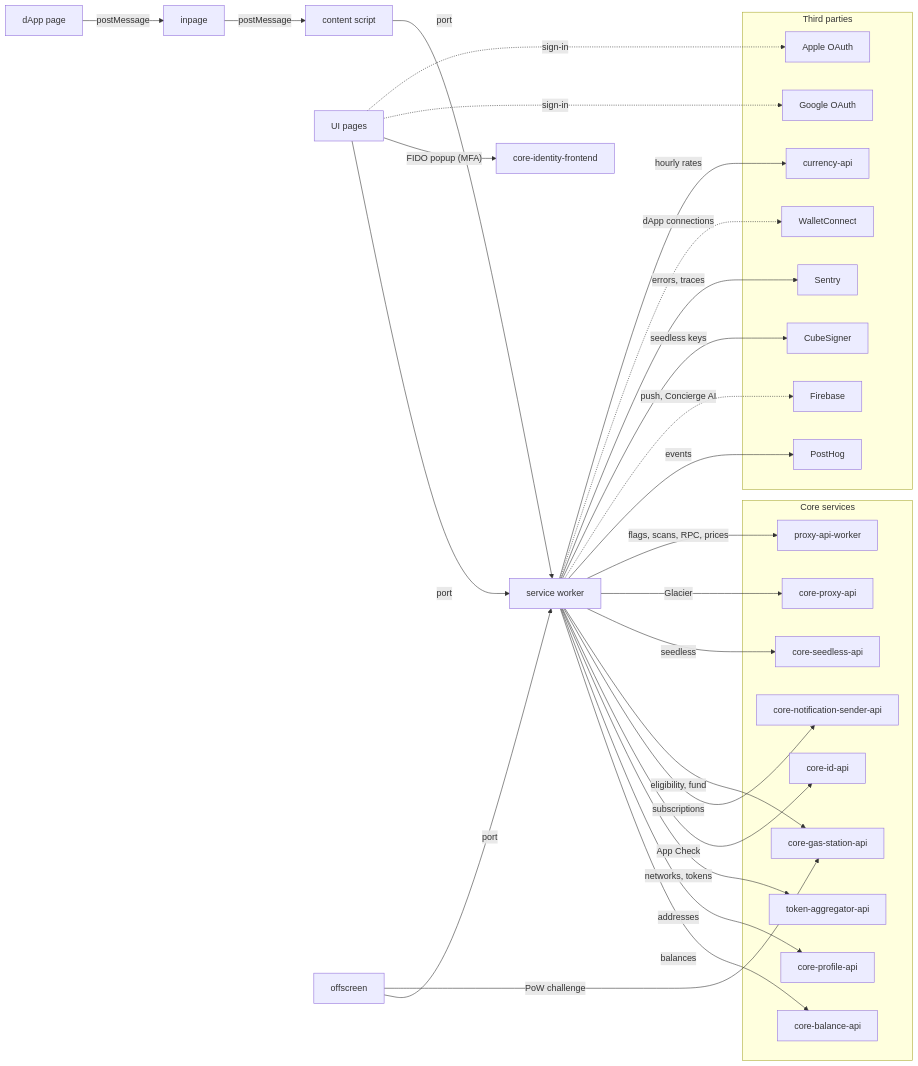
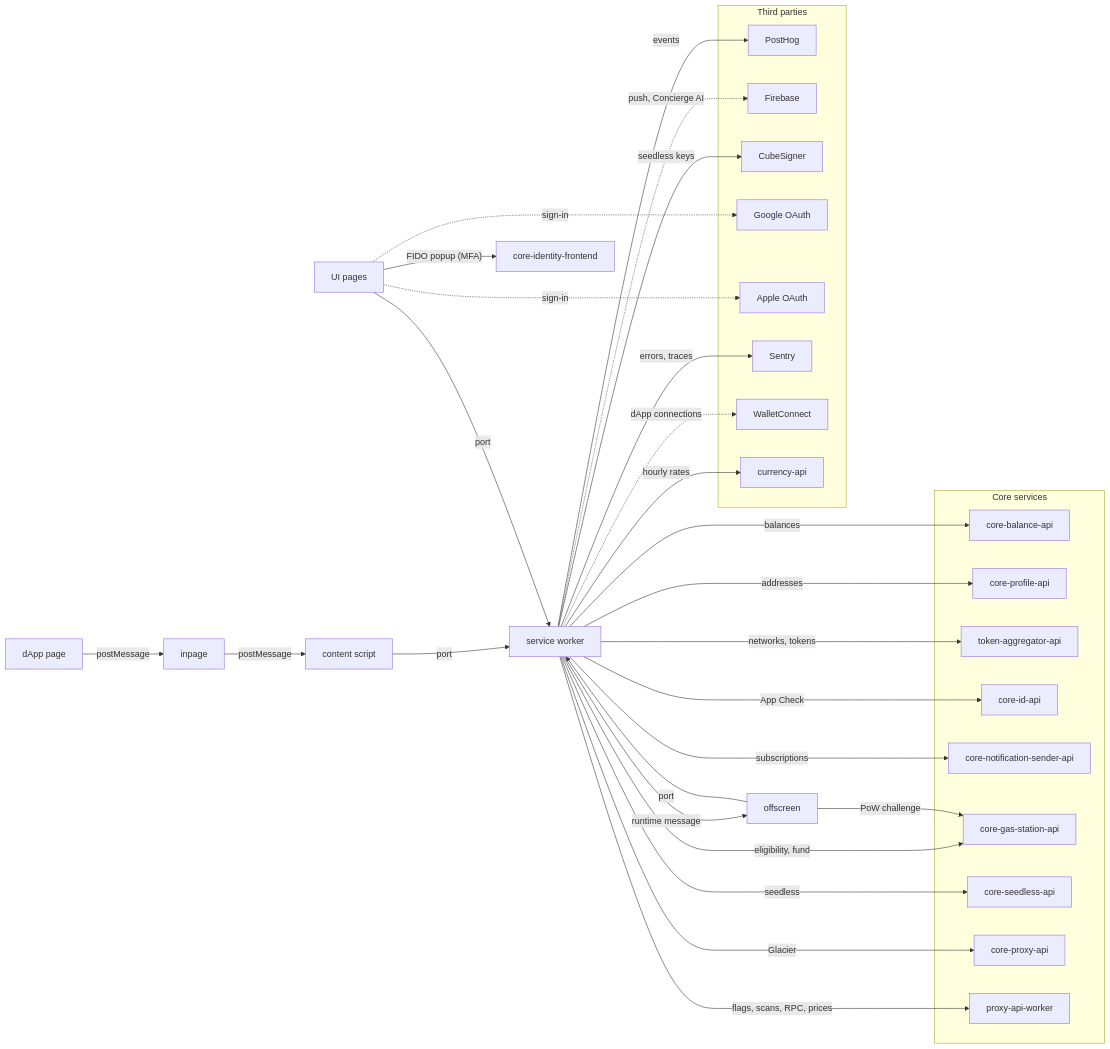
One commit to ava-labs/core-extension changed the diagram in docs/index.md. Above: the diagram before and after it, drawn with Mermaid. The commit also changed other lines of this file and 34 other files, not shown here.

````diff
--- a/docs/index.md
+++ b/docs/index.md
@@ -18,54 +18,55 @@
 ```mermaid
 flowchart LR
     DAPP["dApp page"] -->|"postMessage"| INPAGE["inpage"]
     INPAGE -->|"postMessage"| CS["content script"]
     CS -->|"port"| SW["service worker"]
     UI["UI pages"] -->|"port"| SW
     OFF["offscreen"] -->|"port"| SW
+    SW -->|"runtime message"| OFF
 
     subgraph CORE["Core services"]
         BAL["core-balance-api"]
         PROF["core-profile-api"]
         TOK["token-aggregator-api"]
         ID["core-id-api"]
         NSS["core-notification-sender-api"]
         GAS["core-gas-station-api"]
         SEED["core-seedless-api"]
         PXC["core-proxy-api"]
         PXW["proxy-api-worker"]
     end
 
     IDF["core-identity-frontend"]
 
     subgraph TP["Third parties"]
         PH["PostHog"]
         FB["Firebase"]
         CUBE["CubeSigner"]
         GOOG["Google OAuth"]
         APPLE["Apple OAuth"]
         SENT["Sentry"]
         WC["WalletConnect"]
         CUR["currency-api"]
     end
 
     SW -->|"balances"| BAL
     SW -->|"addresses"| PROF
     SW -->|"networks, tokens"| TOK
     SW -->|"App Check"| ID
     SW -->|"subscriptions"| NSS
     SW -->|"eligibility, fund"| GAS
     OFF -->|"PoW challenge"| GAS
     SW -->|"seedless"| SEED
     UI -->|"FIDO popup (MFA)"| IDF
     SW -->|"Glacier"| PXC
     SW -->|"flags, scans, RPC, prices"| PXW
 
     SW -->|"events"| PH
     SW -.->|"push, Concierge AI"| FB
     SW -->|"seedless keys"| CUBE
     UI -.->|"sign-in"| GOOG
     UI -.->|"sign-in"| APPLE
     SW -->|"errors, traces"| SENT
     SW -.->|"dApp connections"| WC
     SW -->|"hourly rates"| CUR
 ```
````
